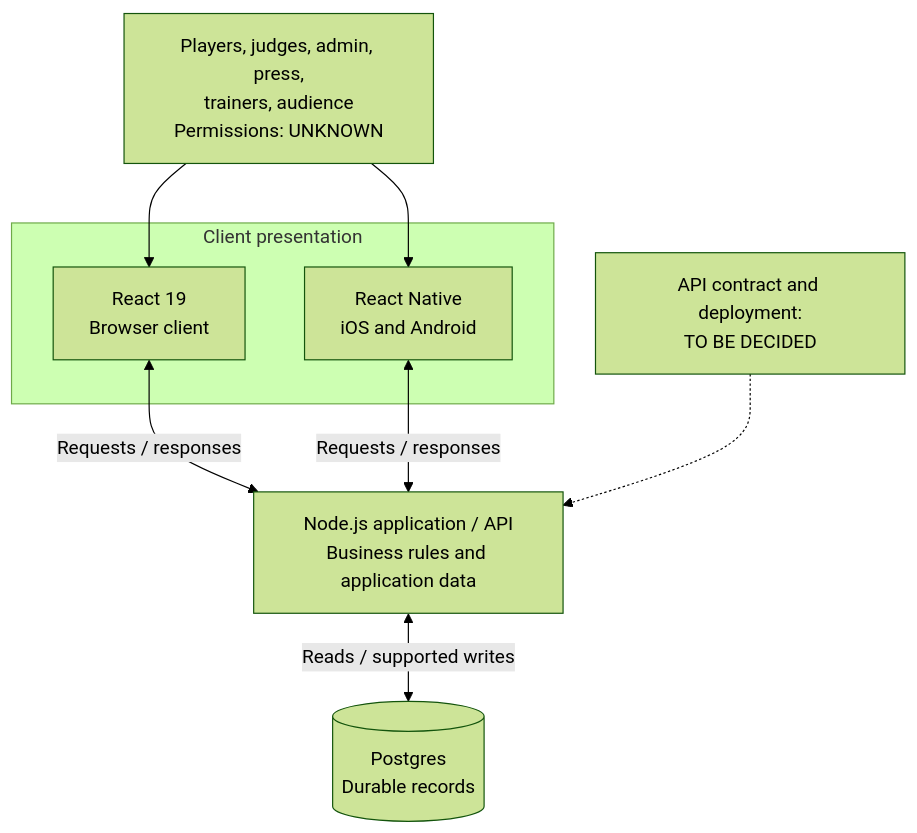
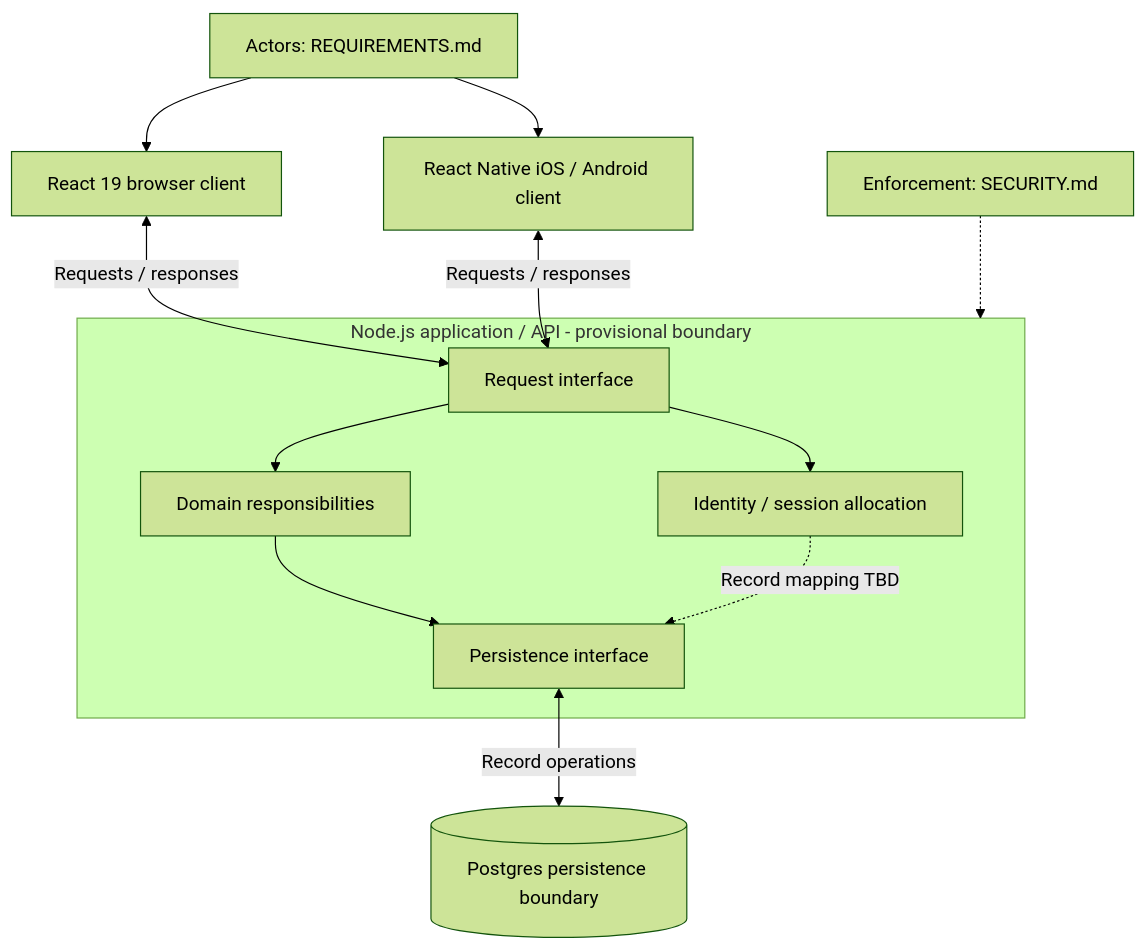
The first of 3 diagrams in ARCHITECTURE.md (Enes-git/aces-and-ale), drawn with Mermaid (forest theme) before and after one commit. The commit also changed other lines of this file and 6 other files, not shown here.

````diff
--- a/ARCHITECTURE.md
+++ b/ARCHITECTURE.md
@@ -35,19 +23,17 @@
 ```mermaid
 flowchart TB
-    accTitle: ASSUMPTION - Logical components and dependencies
-    accDescr: People use the React web or React Native mobile client. Both clients exchange requests and responses with Node.js. Node.js accesses Postgres. Permissions and deployment remain unresolved.
-    people["Players, judges, admin, press,<br/>trainers, audience<br/>Permissions: UNKNOWN"]
-    subgraph clients["Client presentation"]
-        web["React 19<br/>Browser client"]
-        mobile["React Native<br/>iOS and Android"]
+    accTitle: ASSUMPTION - Components and trust boundaries
+    accDescr: People use browser or native presentation. Both clients exchange requests and responses across the application boundary with Node.js. Its domain and identity responsibilities use a persistence interface to Postgres. Deployment and internal modules remain undecided; SECURITY.md owns enforcement.
+    people["Actors: REQUIREMENTS.md"] --> web["React 19 browser client"]
+    people --> native["React Native iOS / Android client"]
+    subgraph application["Node.js application / API - provisional boundary"]
+      entry["Request interface"] --> domain["Domain responsibilities"]
+      entry --> identity["Identity / session allocation"]
+      domain --> persistence["Persistence interface"]
+      identity -.->|"Record mapping TBD"| persistence
     end
-    api["Node.js application / API<br/>Business rules and application data"]
-    db[("Postgres<br/>Durable records")]
-    people --> web
-    people --> mobile
-    web <-->|"Requests / responses"| api
-    mobile <-->|"Requests / responses"| api
-    api <-->|"Reads / supported writes"| db
-    choices["API contract and deployment:<br/>TO BE DECIDED"]
-    choices -.-> api
+    web <-->|"Requests / responses"| entry
+    native <-->|"Requests / responses"| entry
+    persistence <-->|"Record operations"| db[("Postgres persistence boundary")]
+    security["Enforcement: SECURITY.md"] -.-> application
 ```
````
